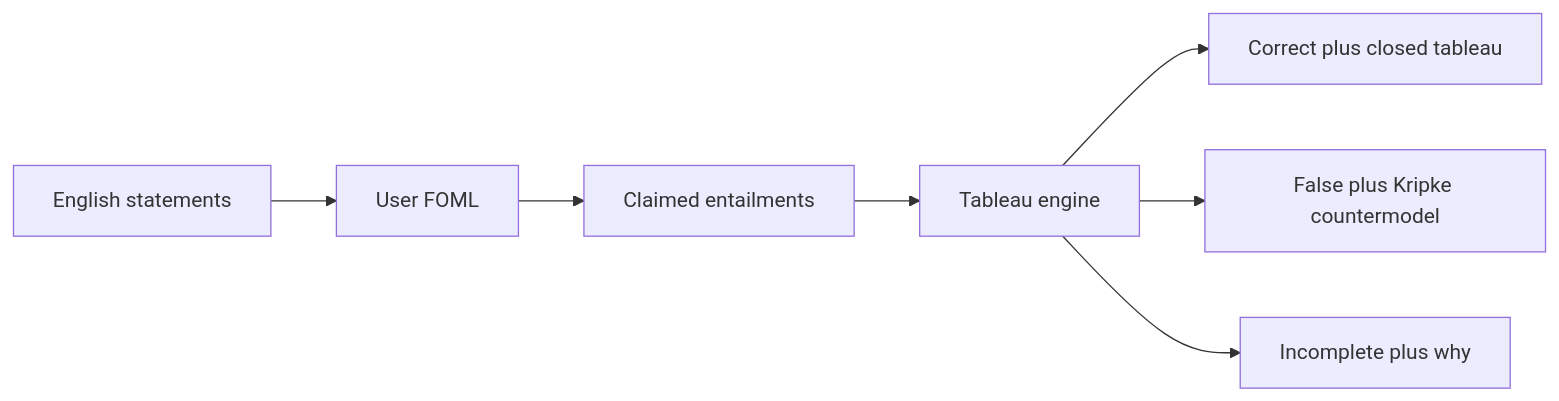
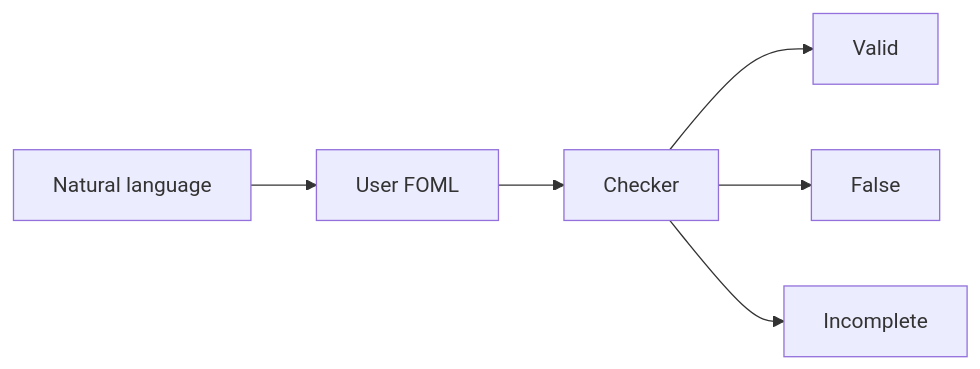
One commit to b0x1/kripke changed the diagram in README.md. Above: the diagram before and after it, drawn with Mermaid. The commit also changed other lines of this file and 23 other files, not shown here.

````diff
--- a/README.md
+++ b/README.md
@@ -17,9 +16,8 @@
 ```mermaid
 flowchart LR
-  nl[English statements] --> form[User FOML]
-  form --> inf[Claimed entailments]
-  inf --> engine[Tableau engine]
-  engine --> ok[Correct plus closed tableau]
-  engine --> bad[False plus Kripke countermodel]
-  engine --> gap[Incomplete plus why]
+  nl[Natural language] --> form[User FOML]
+  form --> engine[Checker]
+  engine --> ok[Valid]
+  engine --> bad[False]
+  engine --> gap[Incomplete]
 ```
````
